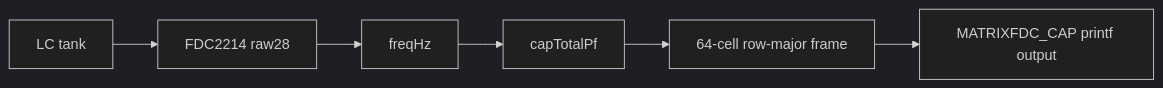
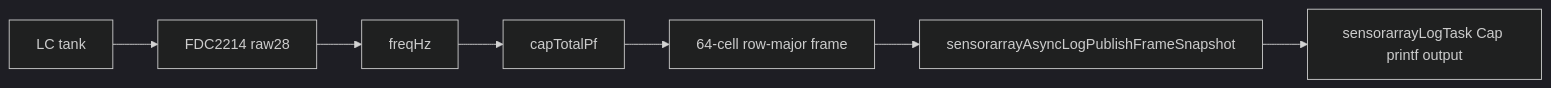
One commit to ErrorChen/SensorArray changed the fourth of 4 diagrams in README.md. Above: the diagram before and after it, drawn with Mermaid (dark theme). The commit also changed other lines of this file and 18 other files, not shown here.

````diff
--- a/README.md
+++ b/README.md
@@ -476,8 +483,9 @@
 ```mermaid
 flowchart LR
     LC[LC tank] --> FDC[FDC2214 raw28]
     FDC --> Freq[freqHz]
     Freq --> Cap[capTotalPf]
     Cap --> Frame[64-cell row-major frame]
-    Frame --> Text[MATRIXFDC_CAP printf output]
+    Frame --> AsyncLog[sensorarrayAsyncLogPublishFrameSnapshot]
+    AsyncLog --> Text[sensorarrayLogTask Cap printf output]
 ```
````
